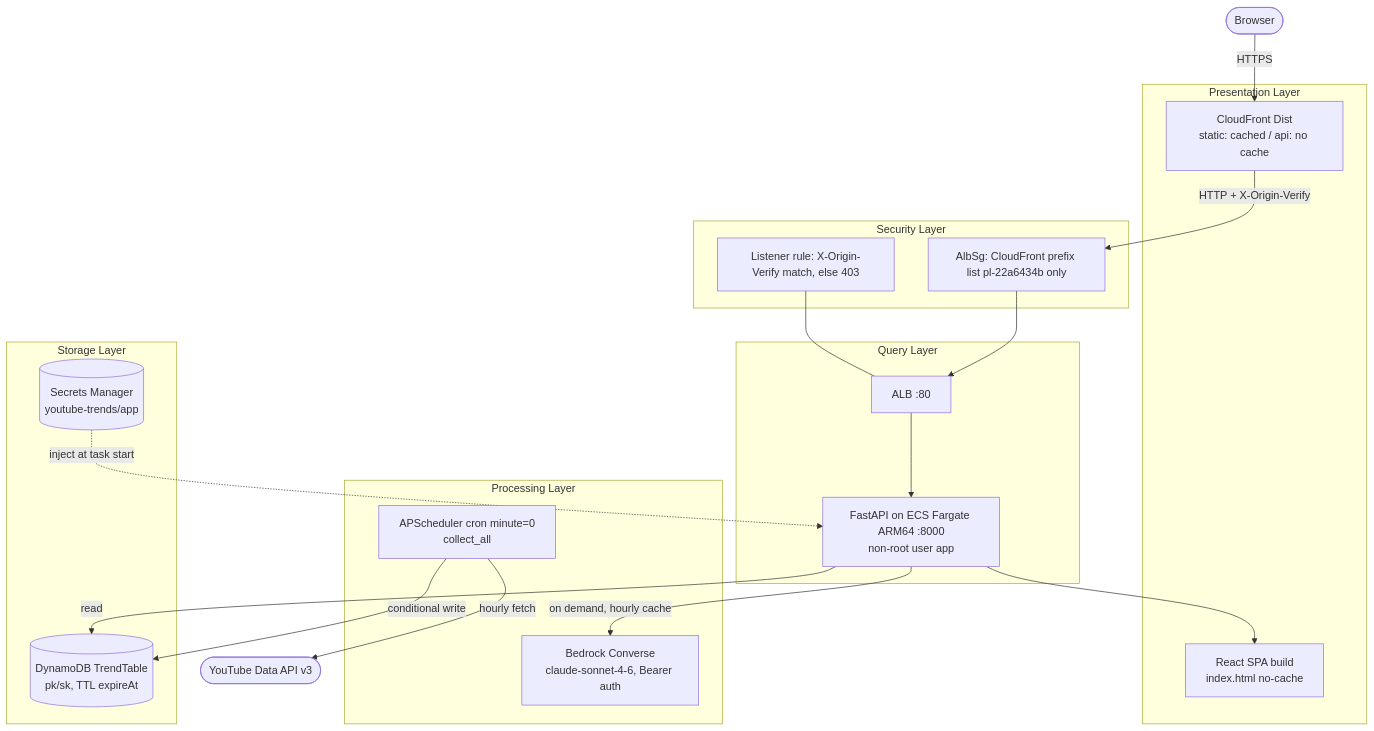
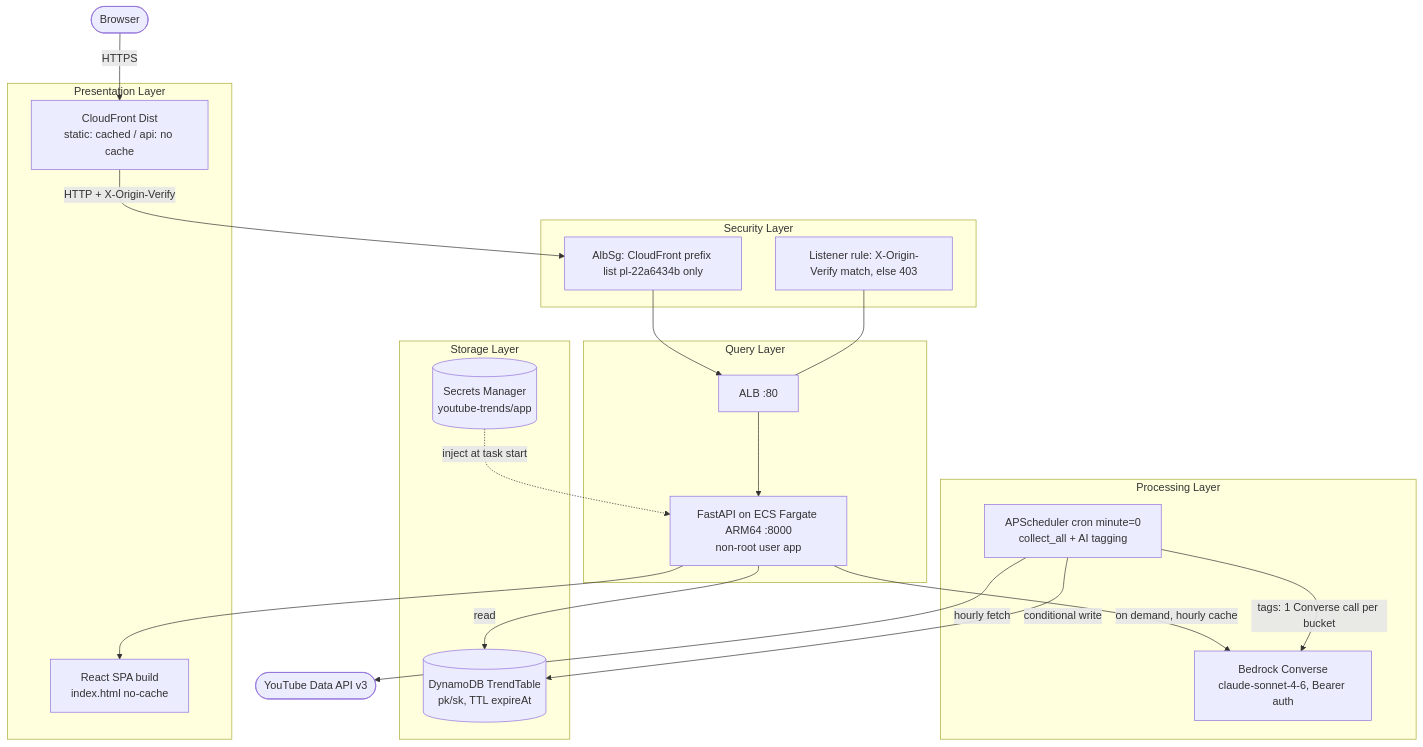
Before and after one commit to whchoi98/youtube-trend: the third of 4 diagrams in docs/architecture.md, drawn with Mermaid. The commit also changed other lines of this file and 55 other files, not shown here.

````diff
--- a/docs/architecture.md
+++ b/docs/architecture.md
@@ -171,41 +173,42 @@
 ```mermaid
 flowchart TB
   User([Browser])
   YT([YouTube Data API v3])
 
   subgraph presentation[Presentation Layer]
     CF[CloudFront Dist<br/>static: cached / api: no cache]
     SPA[React SPA build<br/>index.html no-cache]
   end
 
   subgraph security[Security Layer]
     SG[AlbSg: CloudFront prefix list pl-22a6434b only]
     HDR[Listener rule: X-Origin-Verify match, else 403]
   end
 
   subgraph query[Query Layer]
     ALB[ALB :80]
     API[FastAPI on ECS Fargate ARM64 :8000<br/>non-root user app]
   end
 
   subgraph processing[Processing Layer]
-    SCHED[APScheduler cron minute=0<br/>collect_all]
+    SCHED[APScheduler cron minute=0<br/>collect_all + AI tagging]
     LLM[Bedrock Converse<br/>claude-sonnet-4-6, Bearer auth]
   end
 
   subgraph storage[Storage Layer]
     DDB[(DynamoDB TrendTable<br/>pk/sk, TTL expireAt)]
     SM[(Secrets Manager<br/>youtube-trends/app)]
   end
 
   User -->|HTTPS| CF
   CF -->|HTTP + X-Origin-Verify| SG --> ALB
   HDR --- ALB
   ALB --> API
   API --> SPA
   API -->|read| DDB
   API -->|on demand, hourly cache| LLM
   SCHED -->|hourly fetch| YT
   SCHED -->|conditional write| DDB
+  SCHED -->|tags: 1 Converse call per bucket| LLM
   SM -.->|inject at task start| API
 ```
````
